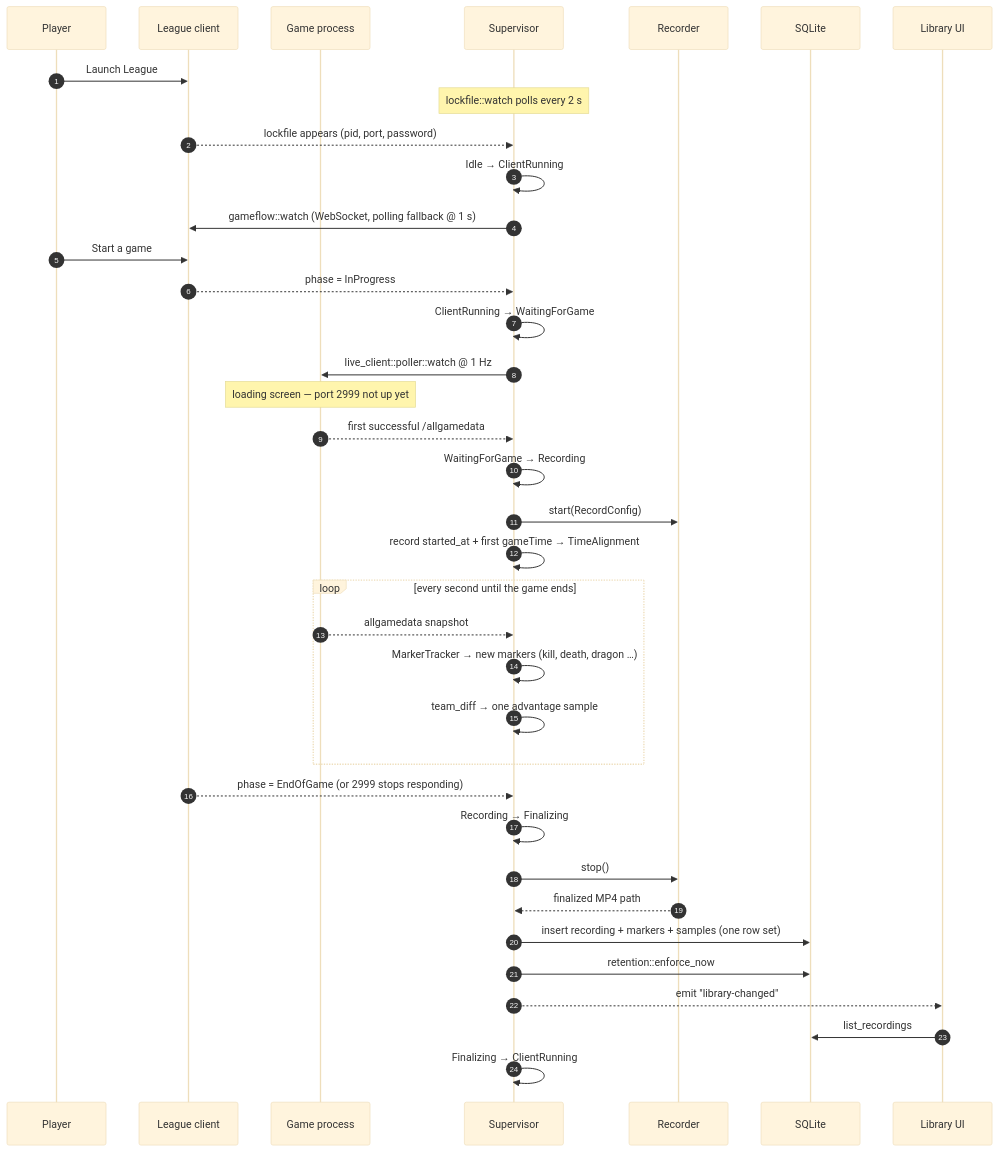
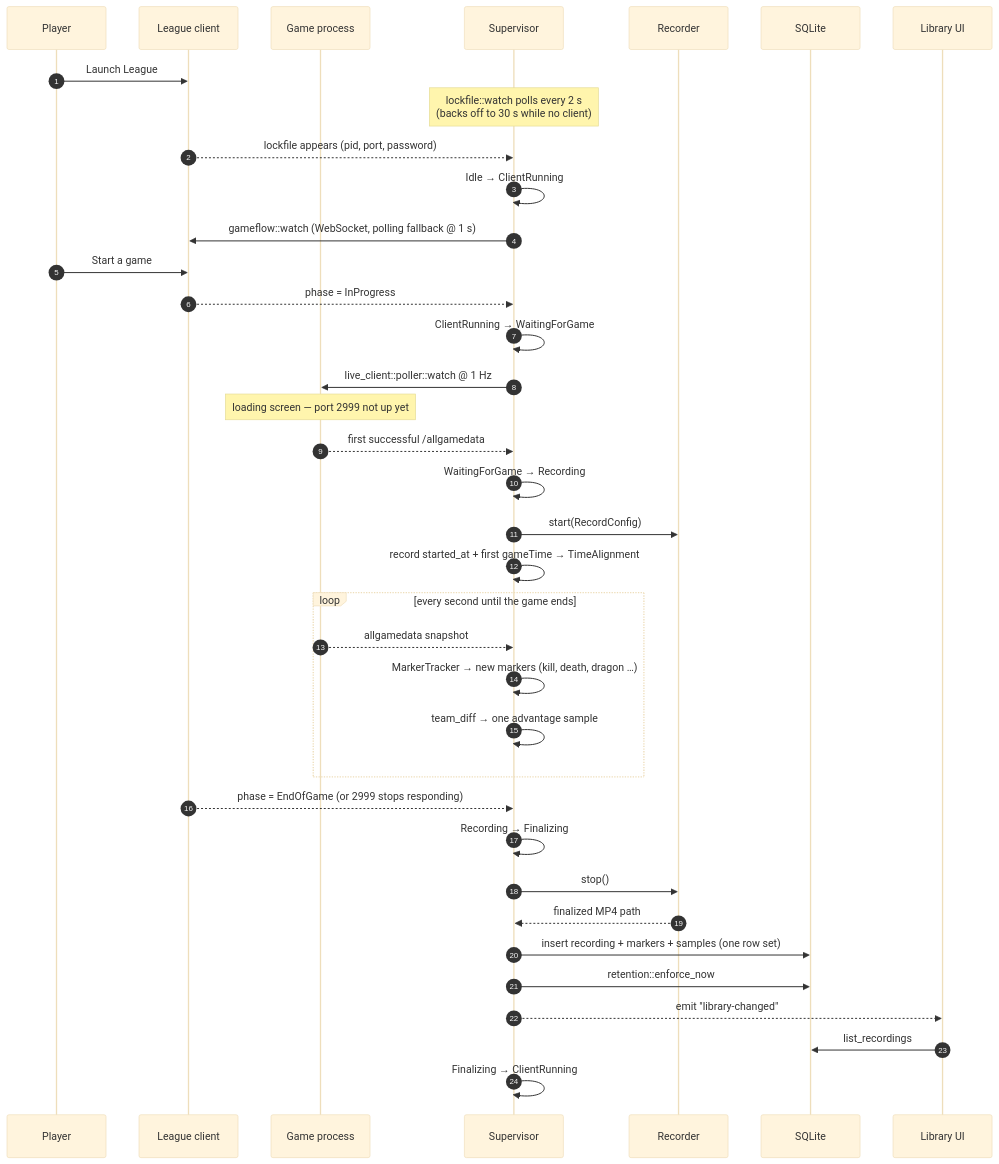
One commit to NinjaGoldfinch/ninja-recorder changed the first of 4 diagrams in docs/recording-pipeline.md. Above: the diagram before and after it, drawn with Mermaid (base theme). The commit also changed other lines of this file and 2 other files, not shown here.

````diff
--- a/docs/recording-pipeline.md
+++ b/docs/recording-pipeline.md
@@ -11,44 +11,44 @@
 ```mermaid
 sequenceDiagram
     autonumber
     participant U as Player
     participant C as League client
     participant G as Game process
     participant S as Supervisor
     participant R as Recorder
     participant D as SQLite
     participant UI as Library UI
 
     U->>C: Launch League
-    Note over S: lockfile::watch polls every 2 s
+    Note over S: lockfile::watch polls every 2 s<br/>(backs off to 30 s while no client)
     C-->>S: lockfile appears (pid, port, password)
     S->>S: Idle → ClientRunning
     S->>C: gameflow::watch (WebSocket, polling fallback @ 1 s)
 
     U->>C: Start a game
     C-->>S: phase = InProgress
     S->>S: ClientRunning → WaitingForGame
     S->>G: live_client::poller::watch @ 1 Hz
 
     Note over G: loading screen — port 2999 not up yet
     G-->>S: first successful /allgamedata
     S->>S: WaitingForGame → Recording
     S->>R: start(RecordConfig)
     S->>S: record started_at + first gameTime → TimeAlignment
 
     loop every second until the game ends
         G-->>S: allgamedata snapshot
         S->>S: MarkerTracker → new markers (kill, death, dragon …)
         S->>S: team_diff → one advantage sample
     end
 
     C-->>S: phase = EndOfGame (or 2999 stops responding)
     S->>S: Recording → Finalizing
     S->>R: stop()
     R-->>S: finalized MP4 path
     S->>D: insert recording + markers + samples (one row set)
     S->>D: retention::enforce_now
     S-->>UI: emit "library-changed"
     UI->>D: list_recordings
     S->>S: Finalizing → ClientRunning
 ```
````
